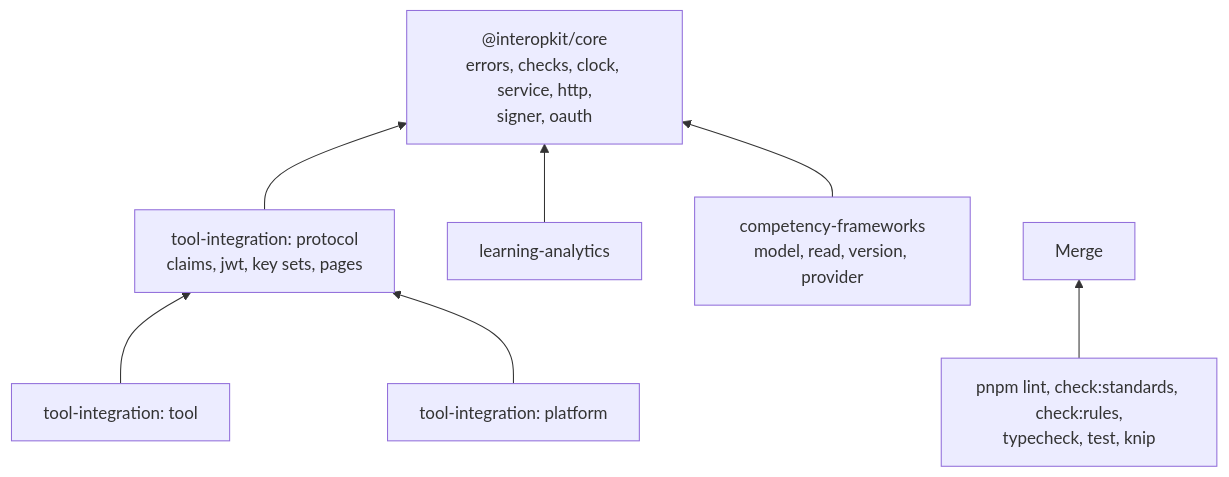
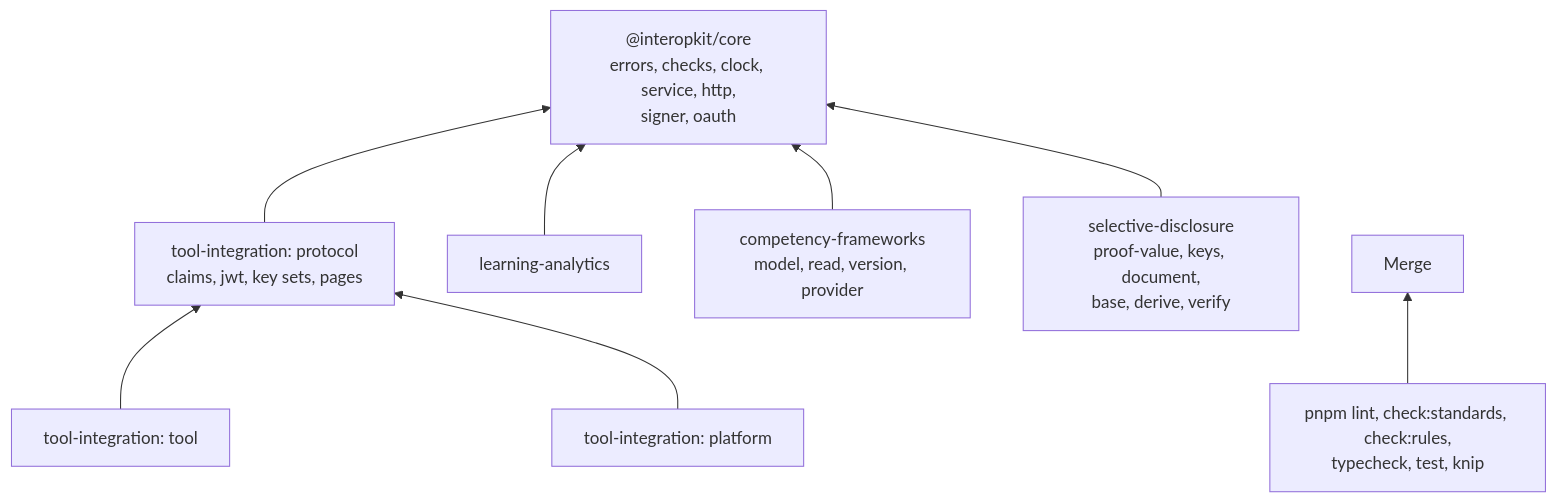
One commit to interopkit/interopkit changed the diagram in AGENTS.md. Above: the diagram before and after it, drawn with Mermaid. The commit also changed other lines of this file and 89 other files, not shown here.

First line of the commit message:
Add selective-disclosure: the ecdsa-sd-2023 cryptosuite with base proofs, derived proofs and verification

````diff
--- a/AGENTS.md
+++ b/AGENTS.md
@@ -12,15 +13,17 @@
 ```mermaid
 flowchart BT
   core["@interopkit/core<br/>errors, checks, clock, service, http,<br/>signer, oauth"]
   proto["tool-integration: protocol<br/>claims, jwt, key sets, pages"]
   tool["tool-integration: tool"]
   plat["tool-integration: platform"]
   la["learning-analytics"]
   cf["competency-frameworks<br/>model, read, version, provider"]
+  sd["selective-disclosure<br/>proof-value, keys, document,<br/>base, derive, verify"]
   proto --> core
   tool --> proto
   plat --> proto
   la --> core
   cf --> core
+  sd --> core
   gates["pnpm lint, check:standards, check:rules,<br/>typecheck, test, knip"] --> merge["Merge"]
 ```
````
